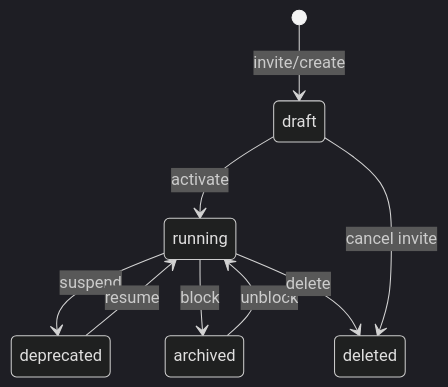
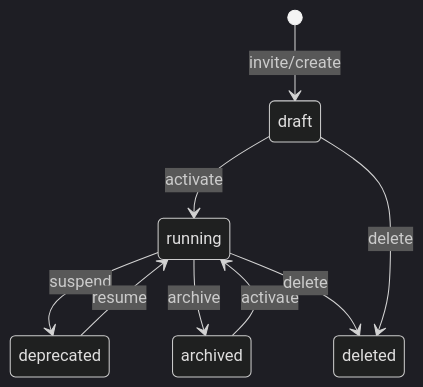
The diagram in docs/platform-behavior/08-USER-LIFECYCLE.md (maikelimaadm-stack/PROJETOMG), drawn with Mermaid (dark theme) before and after one commit. The commit also changed other lines of this file and 52 other files, not shown here.

First line of the commit message:
docs: Foundation C.0.2 — SSOT remediation + Global Architecture Certificate

````diff
--- a/docs/platform-behavior/08-USER-LIFECYCLE.md
+++ b/docs/platform-behavior/08-USER-LIFECYCLE.md
@@ -21,11 +21,11 @@
 ```mermaid
 stateDiagram-v2
     [*] --> draft: invite/create
     draft --> running: activate
     running --> deprecated: suspend
     deprecated --> running: resume
-    running --> archived: block
-    archived --> running: unblock
+    running --> archived: archive
+    archived --> running: activate
     running --> deleted: delete
-    draft --> deleted: cancel invite
+    draft --> deleted: delete
 ```
````
